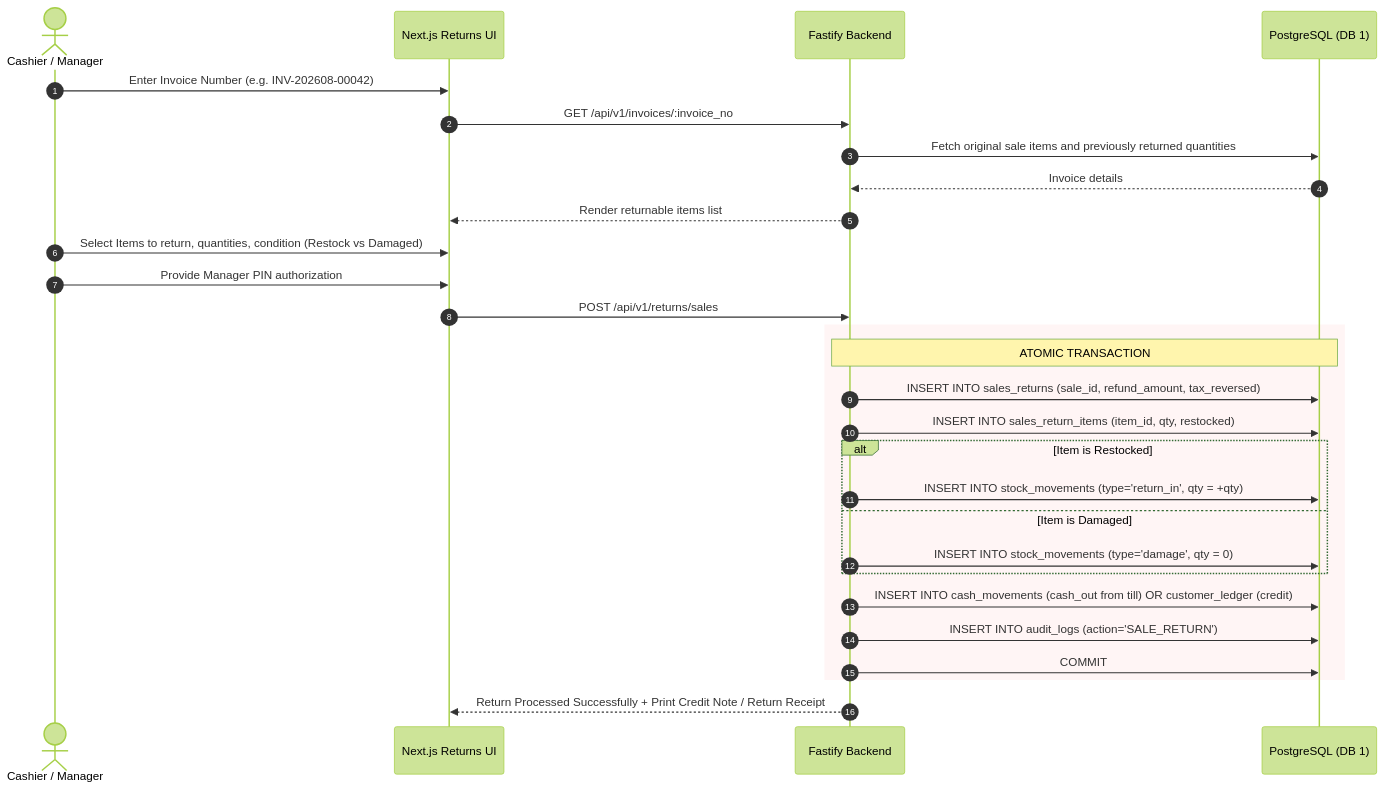
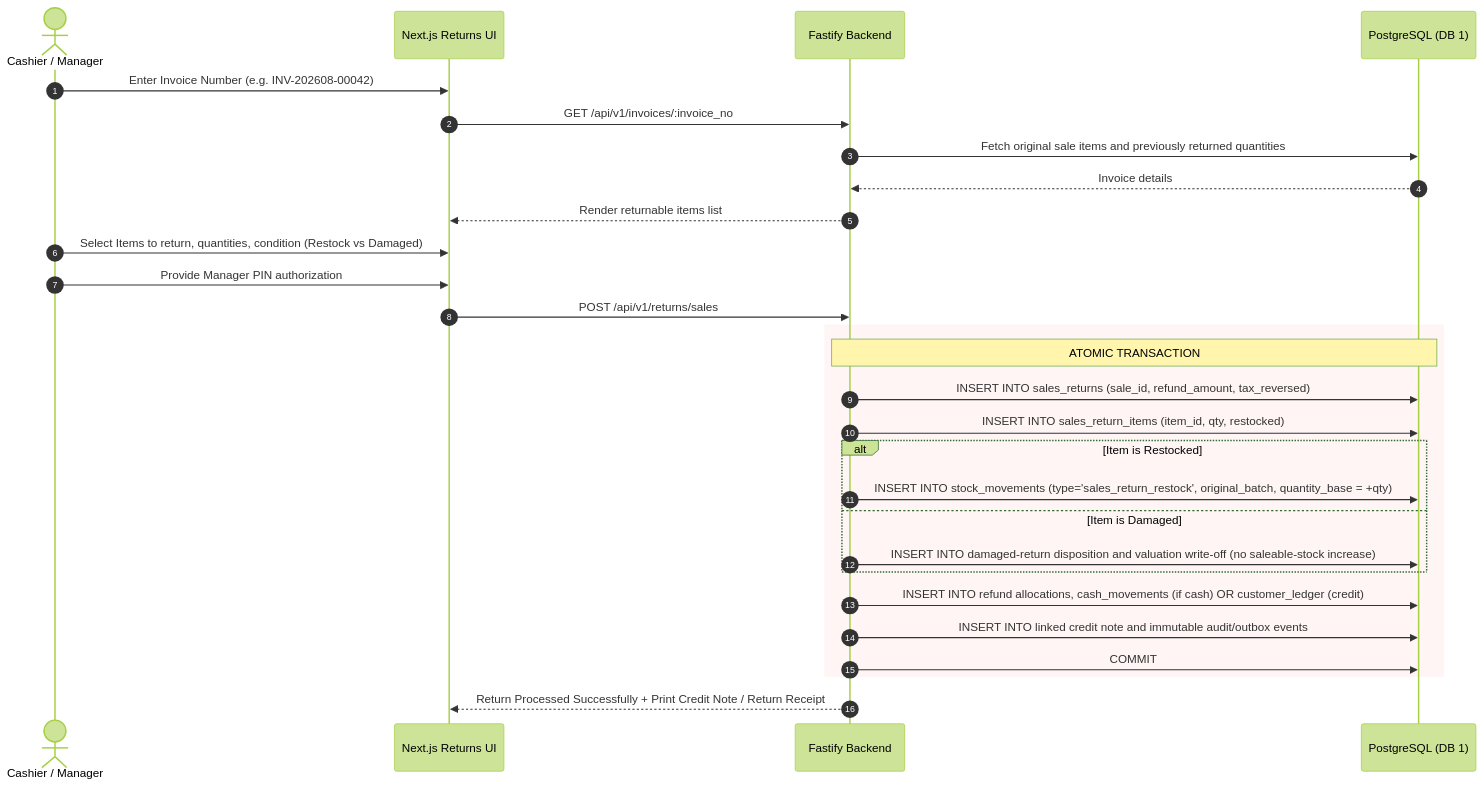
The seventh of 8 diagrams in SystemDesign.md (shamimhossenbadol/ShopManagementSystem), drawn with Mermaid (forest theme) before and after one commit. The commit also changed other lines of this file and 51 other files, not shown here.

````diff
--- a/SystemDesign.md
+++ b/SystemDesign.md
@@ -315,34 +359,34 @@
 ```mermaid
 sequenceDiagram
     autonumber
     actor Exec as Cashier / Manager
     participant POS as Next.js Returns UI
     participant API as Fastify Backend
     participant DB as PostgreSQL (DB 1)
     
     Exec->>POS: Enter Invoice Number (e.g. INV-202608-00042)
     POS->>API: GET /api/v1/invoices/:invoice_no
     API->>DB: Fetch original sale items and previously returned quantities
     DB-->>API: Invoice details
     API-->>POS: Render returnable items list
     
     Exec->>POS: Select Items to return, quantities, condition (Restock vs Damaged)
     Exec->>POS: Provide Manager PIN authorization
     POS->>API: POST /api/v1/returns/sales
     
     rect rgb(255, 245, 245)
     Note over API,DB: ATOMIC TRANSACTION
     API->>DB: INSERT INTO sales_returns (sale_id, refund_amount, tax_reversed)
     API->>DB: INSERT INTO sales_return_items (item_id, qty, restocked)
     alt Item is Restocked
-        API->>DB: INSERT INTO stock_movements (type='return_in', qty = +qty)
+        API->>DB: INSERT INTO stock_movements (type='sales_return_restock', original_batch, quantity_base = +qty)
     else Item is Damaged
-        API->>DB: INSERT INTO stock_movements (type='damage', qty = 0)
+        API->>DB: INSERT INTO damaged-return disposition and valuation write-off (no saleable-stock increase)
     end
-    API->>DB: INSERT INTO cash_movements (cash_out from till) OR customer_ledger (credit)
-    API->>DB: INSERT INTO audit_logs (action='SALE_RETURN')
+    API->>DB: INSERT INTO refund allocations, cash_movements (if cash) OR customer_ledger (credit)
+    API->>DB: INSERT INTO linked credit note and immutable audit/outbox events
     API->>DB: COMMIT
     end
     
     API-->>POS: Return Processed Successfully + Print Credit Note / Return Receipt
 ```
````
